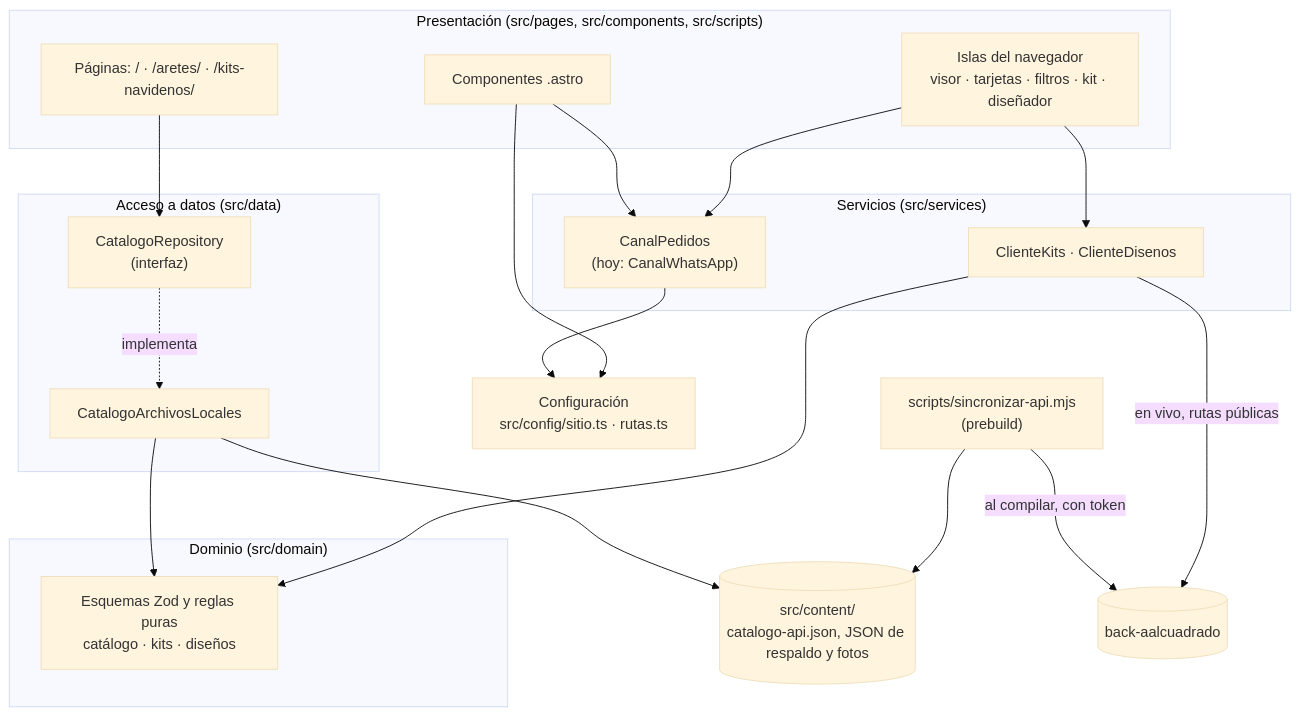
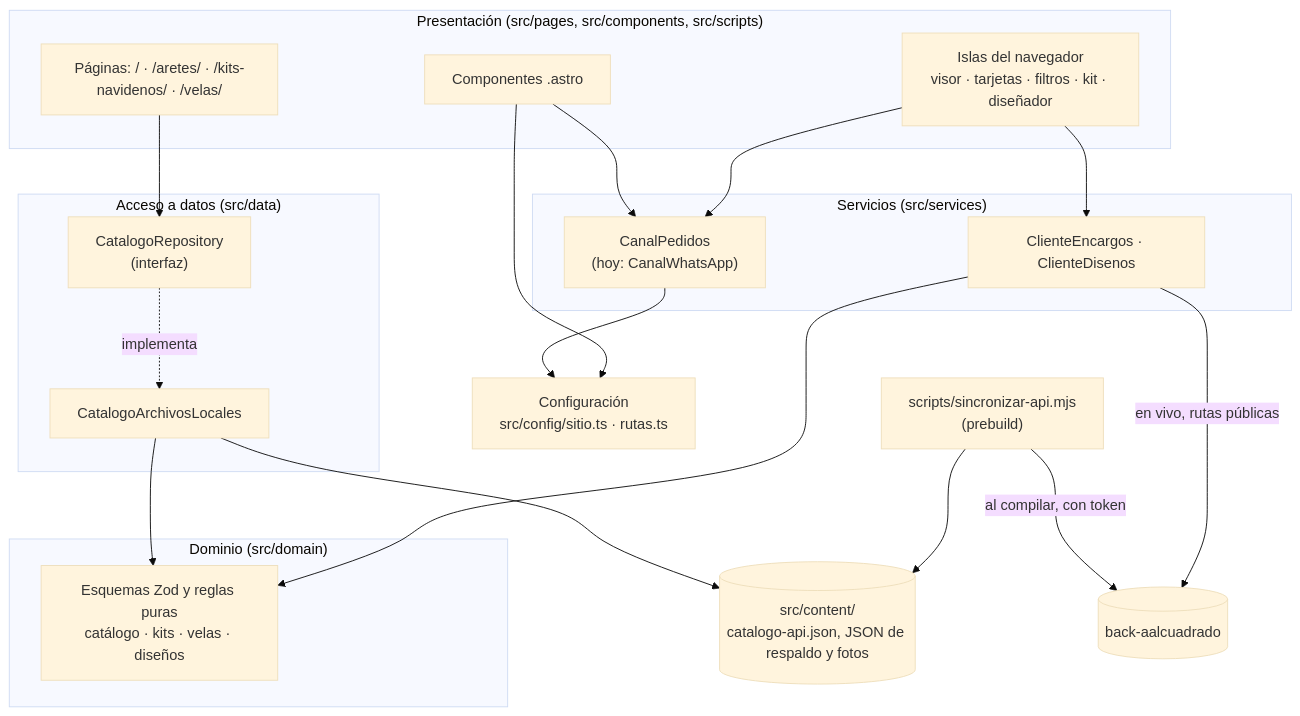
The diagram in docs/arquitectura.md (AIMtonio/front-aalcuadrado), drawn with Mermaid (base theme) before and after one commit. The commit also changed other lines of this file and 36 other files, not shown here.

````diff
--- a/docs/arquitectura.md
+++ b/docs/arquitectura.md
@@ -9,41 +9,41 @@
 ```mermaid
 flowchart TB
   subgraph UI["Presentación (src/pages, src/components, src/scripts)"]
-    P["Páginas: / · /aretes/ · /kits-navidenos/"]
+    P["Páginas: / · /aretes/ · /kits-navidenos/ · /velas/"]
     C[Componentes .astro]
     JS["Islas del navegador<br/>visor · tarjetas · filtros · kit · diseñador"]
   end
 
   subgraph SERV["Servicios (src/services)"]
     PED["CanalPedidos<br/>(hoy: CanalWhatsApp)"]
-    CLI["ClienteKits · ClienteDisenos"]
+    CLI["ClienteEncargos · ClienteDisenos"]
   end
 
   subgraph DATOS["Acceso a datos (src/data)"]
     REPO["CatalogoRepository<br/>(interfaz)"]
     LOCAL[CatalogoArchivosLocales]
   end
 
   subgraph DOM["Dominio (src/domain)"]
-    Z["Esquemas Zod y reglas puras<br/>catálogo · kits · diseños"]
+    Z["Esquemas Zod y reglas puras<br/>catálogo · kits · velas · diseños"]
   end
 
   CFG["Configuración<br/>src/config/sitio.ts · rutas.ts"]
   FS[("src/content/<br/>catalogo-api.json, JSON de respaldo y fotos")]
   SYNC["scripts/sincronizar-api.mjs<br/>(prebuild)"]
   BE[("back-aalcuadrado")]
 
   P --> REPO
   C --> PED
   JS --> PED
   JS --> CLI
   REPO -.implementa.-> LOCAL
   LOCAL --> FS
   SYNC --> FS
   SYNC -- "al compilar, con token" --> BE
   CLI -- "en vivo, rutas públicas" --> BE
   LOCAL --> Z
   CLI --> Z
   PED --> CFG
   C --> CFG
 ```
````
